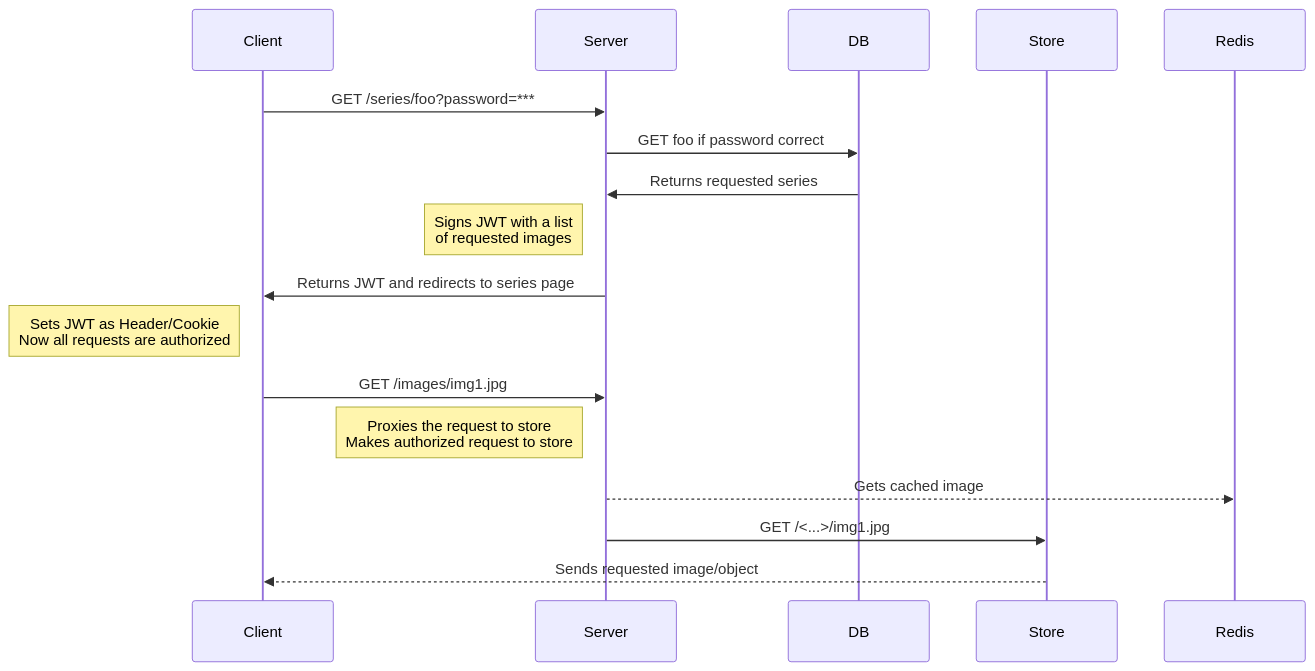
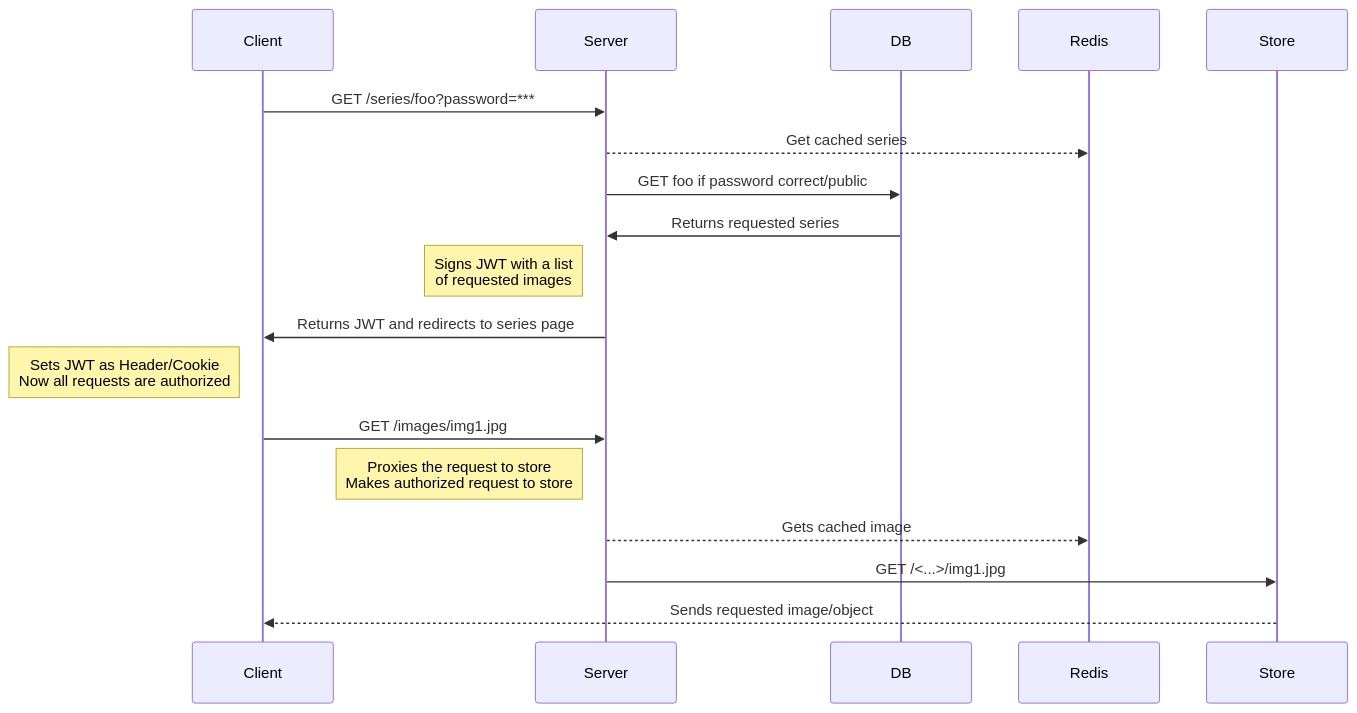
One commit to haasal/photoblog changed the first of 3 diagrams in docs/auth.md. Above: the diagram before and after it, drawn with Mermaid. The commit also changed other lines of this file, not shown here.

````diff
--- a/docs/auth.md
+++ b/docs/auth.md
@@ -7,19 +7,19 @@
 ```mermaid
 sequenceDiagram
     participant Client
     participant Server
     participant DB
-    participant Store
     participant Redis
     Client->>Server: GET /series/foo?password=***
-    Server->>DB: GET foo if password correct
+    Server-->>Redis: Get cached series
+    Server->>DB: GET foo if password correct/public
     DB->>Server: Returns requested series
     Note left of Server: Signs JWT with a list<br>of requested images
     Server->>Client: Returns JWT and redirects to series page
     Note left of Client: Sets JWT as Header/Cookie<br>Now all requests are authorized
     Client->>Server: GET /images/img1.jpg
     Note left of Server: Proxies the request to store<br>Makes authorized request to store
     Server-->>Redis: Gets cached image
     Server->>Store: GET /<...>/img1.jpg
     Store-->>Client: Sends requested image/object
 ```
````
